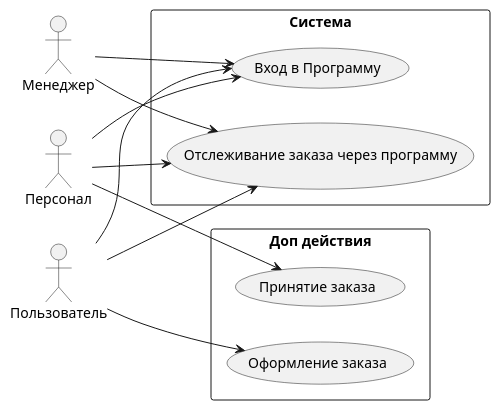
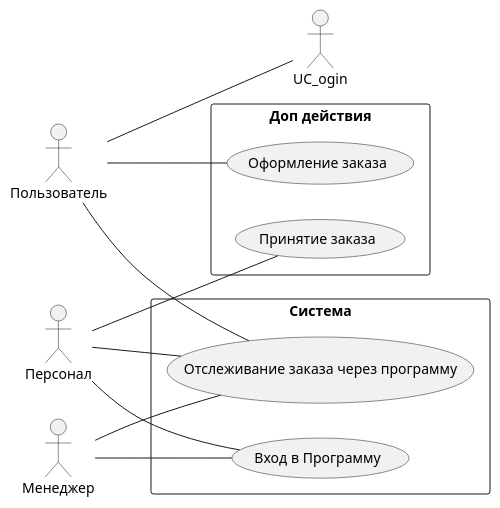
One commit to ilya-kantov/Labproject changed the diagram in .plantuml. Above: the diagram before and after it, drawn with PlantUML.

Commit message:
Диаграмма(исправленная)

```diff
--- a/.plantuml
+++ b/.plantuml
@@ -1,24 +1,24 @@
 @startuml
 left to right direction
 skinparam packageStyle rectangle
 actor "Пользователь" as User
 package "Система" {
 usecase "Вход в Программу" as UC_Login
 usecase "Отслеживание заказа через программу" as UC_see
 
 }
 package "Доп действия"{
 usecase "Оформление заказа" as UC_zakaz
 usecase "Принятие заказа" as UC_prinyatie
 }
-User --> UC_Login
-User --> UC_zakaz
-User --> UC_see
+User -- UC_ogin
+User -- UC_zakaz
+User -- UC_see
 actor "Менеджер" as manager
-manager -->  UC_Login
-manager --> UC_see
+manager --  UC_Login
+manager -- UC_see
 actor "Персонал" as personal
-personal --> UC_prinyatie
-personal --> UC_see
-personal --> UC_Login
+personal -- UC_prinyatie
+personal -- UC_see
+personal -- UC_Login
 @enduml
```
